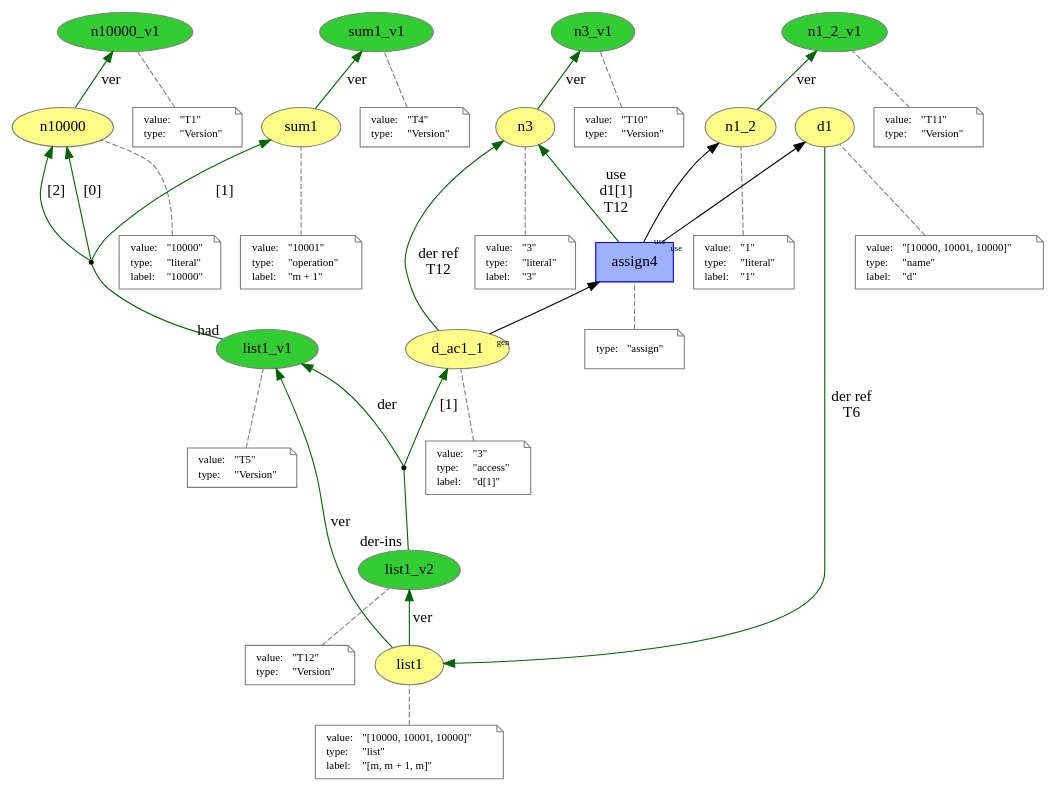
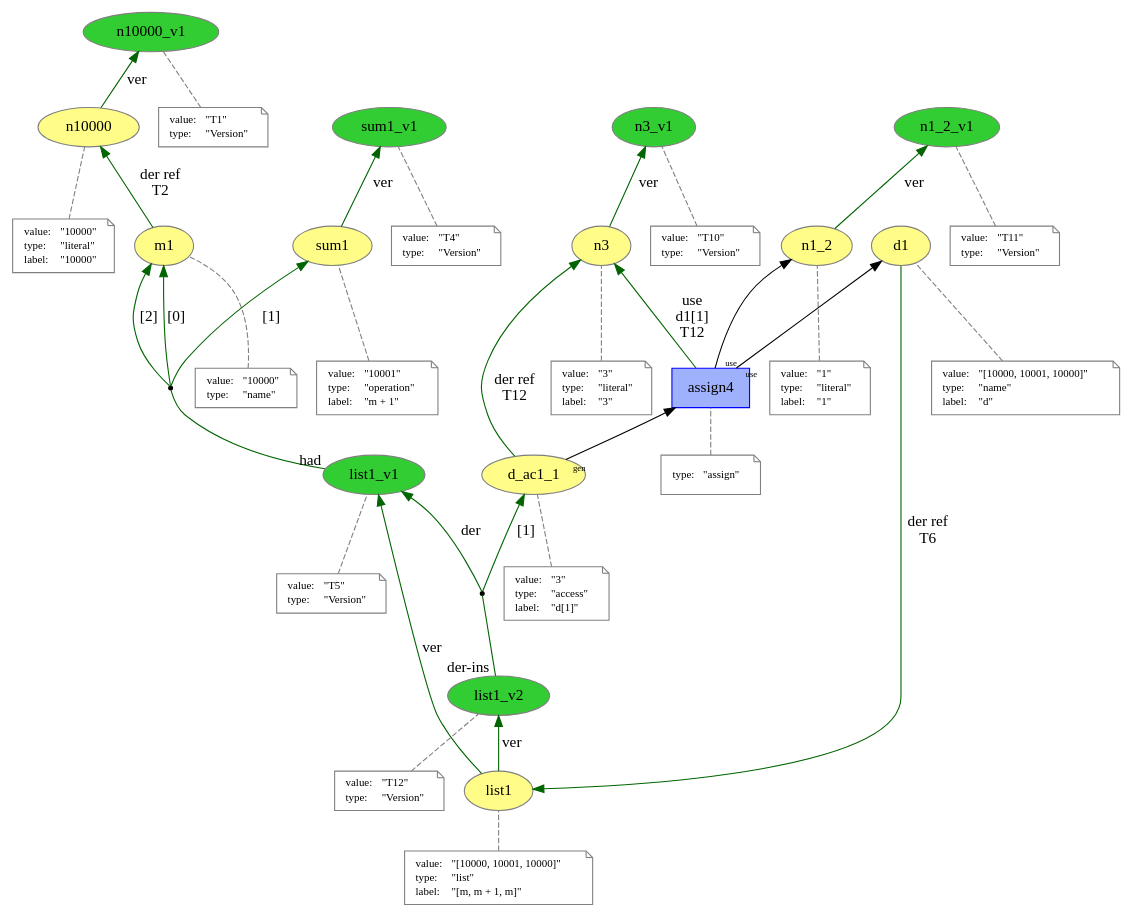
One commit to dew-uff/versioned-prov changed the diagram in explicit_versioned/part_assign.dot. Above: the diagram before and after it, drawn with Graphviz. The commit also changed 47 other files, not shown here.

```diff
--- a/explicit_versioned/part_assign.dot
+++ b/explicit_versioned/part_assign.dot
@@ -28,8 +28,22 @@
 </TABLE>>]
 "-attrs1" -> "http://example.org/n10000_v1" [color="gray",style="dashed",arrowhead="none"]
 "http://example.org/n10000" -> "http://example.org/n10000_v1" [labelfontsize="8",labeldistance="1.5",color="darkgreen",labelangle="60.0",rotation="20",label="ver"]
+"http://example.org/m1" [fillcolor="#FFFC87",color="#808080",style="filled",label="m1",URL="http://example.org/m1"]
+"-attrs2" [color="gray",shape="note",fontsize="10",fontcolor="black",label=<<TABLE cellpadding="0" border="0">
+	<TR>
+	    <TD align="left">value:</TD>
+	    <TD align="left">&quot;10000&quot;</TD>
+	</TR>
+	<TR>
+	    <TD align="left">type:</TD>
+	    <TD align="left">&quot;name&quot;</TD>
+	</TR>
+</TABLE>>]
+"-attrs2" -> "http://example.org/m1" [color="gray",style="dashed",arrowhead="none"]
+"http://example.org/m1" -> "http://example.org/n10000" [labelfontsize="8",labeldistance="1.5",color="darkgreen",labelangle="60.0",rotation="20",label="der ref
+T2"]
 "http://example.org/sum1" [fillcolor="#FFFC87",color="#808080",style="filled",label="sum1",URL="http://example.org/sum1"]
-"-attrs2" [color="gray",shape="note",fontsize="10",fontcolor="black",label=<<TABLE cellpadding="0" border="0">
+"-attrs3" [color="gray",shape="note",fontsize="10",fontcolor="black",label=<<TABLE cellpadding="0" border="0">
 	<TR>
 	    <TD align="left">value:</TD>
 	    <TD align="left">&quot;10001&quot;</TD>
@@ -43,9 +57,9 @@
 	    <TD align="left">&quot;m + 1&quot;</TD>
 	</TR>
 </TABLE>>]
-"-attrs2" -> "http://example.org/sum1" [color="gray",style="dashed",arrowhead="none"]
+"-attrs3" -> "http://example.org/sum1" [color="gray",style="dashed",arrowhead="none"]
 "http://example.org/sum1_v1" [fillcolor="#32CD32",color="#808080",style="filled",label="sum1_v1",URL="http://example.org/sum1_v1"]
-"-attrs3" [color="gray",shape="note",fontsize="10",fontcolor="black",label=<<TABLE cellpadding="0" border="0">
+"-attrs4" [color="gray",shape="note",fontsize="10",fontcolor="black",label=<<TABLE cellpadding="0" border="0">
 	<TR>
 	    <TD align="left">value:</TD>
 	    <TD align="left">&quot;T4&quot;</TD>
@@ -55,10 +69,10 @@
 	    <TD align="left">&quot;Version&quot;</TD>
 	</TR>
 </TABLE>>]
-"-attrs3" -> "http://example.org/sum1_v1" [color="gray",style="dashed",arrowhead="none"]
+"-attrs4" -> "http://example.org/sum1_v1" [color="gray",style="dashed",arrowhead="none"]
 "http://example.org/sum1" -> "http://example.org/sum1_v1" [labelfontsize="8",labeldistance="1.5",color="darkgreen",labelangle="60.0",rotation="20",label="ver"]
 "http://example.org/list1" [fillcolor="#FFFC87",color="#808080",style="filled",label="list1",URL="http://example.org/list1"]
-"-attrs4" [color="gray",shape="note",fontsize="10",fontcolor="black",label=<<TABLE cellpadding="0" border="0">
+"-attrs5" [color="gray",shape="note",fontsize="10",fontcolor="black",label=<<TABLE cellpadding="0" border="0">
 	<TR>
 	    <TD align="left">value:</TD>
 	    <TD align="left">&quot;[10000, 10001, 10000]&quot;</TD>
@@ -72,9 +86,9 @@
 	    <TD align="left">&quot;[m, m + 1, m]&quot;</TD>
 	</TR>
 </TABLE>>]
-"-attrs4" -> "http://example.org/list1" [color="gray",style="dashed",arrowhead="none"]
+"-attrs5" -> "http://example.org/list1" [color="gray",style="dashed",arrowhead="none"]
 "http://example.org/list1_v1" [fillcolor="#32CD32",color="#808080",style="filled",label="list1_v1",URL="http://example.org/list1_v1"]
-"-attrs5" [color="gray",shape="note",fontsize="10",fontcolor="black",label=<<TABLE cellpadding="0" border="0">
+"-attrs6" [color="gray",shape="note",fontsize="10",fontcolor="black",label=<<TABLE cellpadding="0" border="0">
 	<TR>
 	    <TD align="left">value:</TD>
 	    <TD align="left">&quot;T5&quot;</TD>
@@ -84,15 +98,15 @@
 	    <TD align="left">&quot;Version&quot;</TD>
 	</TR>
 </TABLE>>]
-"-attrs5" -> "http://example.org/list1_v1" [color="gray",style="dashed",arrowhead="none"]
+"-attrs6" -> "http://example.org/list1_v1" [color="gray",style="dashed",arrowhead="none"]
 "http://example.org/list1" -> "http://example.org/list1_v1" [labelfontsize="8",labeldistance="1.5",color="darkgreen",labelangle="60.0",rotation="20",label="ver"]
 "bn0" [shape="point",label=""]
 "http://example.org/list1_v1" -> "bn0" [arrowhead="none",taillabel="had",color="darkgreen"]
-"bn0" -> "http://example.org/n10000" [labelfontsize="8",labeldistance="1.5",color="darkgreen",labelangle="60.0",rotation="20",label="[0]"]
+"bn0" -> "http://example.org/m1" [labelfontsize="8",labeldistance="1.5",color="darkgreen",labelangle="60.0",rotation="20",label="[0]"]
 "bn0" -> "http://example.org/sum1" [labelfontsize="8",labeldistance="1.5",color="darkgreen",labelangle="60.0",rotation="20",label="[1]"]
-"bn0" -> "http://example.org/n10000" [labelfontsize="8",labeldistance="1.5",color="darkgreen",labelangle="60.0",rotation="20",label="[2]"]
+"bn0" -> "http://example.org/m1" [labelfontsize="8",labeldistance="1.5",color="darkgreen",labelangle="60.0",rotation="20",label="[2]"]
 "http://example.org/d1" [fillcolor="#FFFC87",color="#808080",style="filled",label="d1",URL="http://example.org/d1"]
-"-attrs6" [color="gray",shape="note",fontsize="10",fontcolor="black",label=<<TABLE cellpadding="0" border="0">
+"-attrs7" [color="gray",shape="note",fontsize="10",fontcolor="black",label=<<TABLE cellpadding="0" border="0">
 	<TR>
 	    <TD align="left">value:</TD>
 	    <TD align="left">&quot;[10000, 10001, 10000]&quot;</TD>
@@ -106,11 +120,11 @@
 	    <TD align="left">&quot;d&quot;</TD>
 	</TR>
 </TABLE>>]
-"-attrs6" -> "http://example.org/d1" [color="gray",style="dashed",arrowhead="none"]
+"-attrs7" -> "http://example.org/d1" [color="gray",style="dashed",arrowhead="none"]
 "http://example.org/d1" -> "http://example.org/list1" [labelfontsize="8",labeldistance="1.5",color="darkgreen",labelangle="60.0",rotation="20",label="der ref
 T6"]
 "http://example.org/n3" [fillcolor="#FFFC87",color="#808080",style="filled",label="n3",URL="http://example.org/n3"]
-"-attrs7" [color="gray",shape="note",fontsize="10",fontcolor="black",label=<<TABLE cellpadding="0" border="0">
+"-attrs8" [color="gray",shape="note",fontsize="10",fontcolor="black",label=<<TABLE cellpadding="0" border="0">
 	<TR>
 	    <TD align="left">value:</TD>
 	    <TD align="left">&quot;3&quot;</TD>
@@ -124,9 +138,9 @@
 	    <TD align="left">&quot;3&quot;</TD>
 	</TR>
 </TABLE>>]
-"-attrs7" -> "http://example.org/n3" [color="gray",style="dashed",arrowhead="none"]
+"-attrs8" -> "http://example.org/n3" [color="gray",style="dashed",arrowhead="none"]
 "http://example.org/n3_v1" [fillcolor="#32CD32",color="#808080",style="filled",label="n3_v1",URL="http://example.org/n3_v1"]
-"-attrs8" [color="gray",shape="note",fontsize="10",fontcolor="black",label=<<TABLE cellpadding="0" border="0">
+"-attrs9" [color="gray",shape="note",fontsize="10",fontcolor="black",label=<<TABLE cellpadding="0" border="0">
 	<TR>
 	    <TD align="left">value:</TD>
 	    <TD align="left">&quot;T10&quot;</TD>
@@ -136,10 +150,10 @@
 	    <TD align="left">&quot;Version&quot;</TD>
 	</TR>
 </TABLE>>]
-"-attrs8" -> "http://example.org/n3_v1" [color="gray",style="dashed",arrowhead="none"]
+"-attrs9" -> "http://example.org/n3_v1" [color="gray",style="dashed",arrowhead="none"]
 "http://example.org/n3" -> "http://example.org/n3_v1" [labelfontsize="8",labeldistance="1.5",color="darkgreen",labelangle="60.0",rotation="20",label="ver"]
 "http://example.org/n1_2" [fillcolor="#FFFC87",color="#808080",style="filled",label="n1_2",URL="http://example.org/n1_2"]
-"-attrs9" [color="gray",shape="note",fontsize="10",fontcolor="black",label=<<TABLE cellpadding="0" border="0">
+"-attrs10" [color="gray",shape="note",fontsize="10",fontcolor="black",label=<<TABLE cellpadding="0" border="0">
 	<TR>
 	    <TD align="left">value:</TD>
 	    <TD align="left">&quot;1&quot;</TD>
@@ -153,9 +167,9 @@
 	    <TD align="left">&quot;1&quot;</TD>
 	</TR>
 </TABLE>>]
-"-attrs9" -> "http://example.org/n1_2" [color="gray",style="dashed",arrowhead="none"]
+"-attrs10" -> "http://example.org/n1_2" [color="gray",style="dashed",arrowhead="none"]
 "http://example.org/n1_2_v1" [fillcolor="#32CD32",color="#808080",style="filled",label="n1_2_v1",URL="http://example.org/n1_2_v1"]
-"-attrs10" [color="gray",shape="note",fontsize="10",fontcolor="black",label=<<TABLE cellpadding="0" border="0">
+"-attrs11" [color="gray",shape="note",fontsize="10",fontcolor="black",label=<<TABLE cellpadding="0" border="0">
 	<TR>
 	    <TD align="left">value:</TD>
 	    <TD align="left">&quot;T11&quot;</TD>
@@ -165,10 +179,10 @@
 	    <TD align="left">&quot;Version&quot;</TD>
 	</TR>
 </TABLE>>]
-"-attrs10" -> "http://example.org/n1_2_v1" [color="gray",style="dashed",arrowhead="none"]
+"-attrs11" -> "http://example.org/n1_2_v1" [color="gray",style="dashed",arrowhead="none"]
 "http://example.org/n1_2" -> "http://example.org/n1_2_v1" [labelfontsize="8",labeldistance="1.5",color="darkgreen",labelangle="60.0",rotation="20",label="ver"]
 "http://example.org/d_ac1_1" [fillcolor="#FFFC87",color="#808080",style="filled",label="d_ac1_1",URL="http://example.org/d_ac1_1"]
-"-attrs11" [color="gray",shape="note",fontsize="10",fontcolor="black",label=<<TABLE cellpadding="0" border="0">
+"-attrs12" [color="gray",shape="note",fontsize="10",fontcolor="black",label=<<TABLE cellpadding="0" border="0">
 	<TR>
 	    <TD align="left">value:</TD>
 	    <TD align="left">&quot;3&quot;</TD>
@@ -182,9 +196,9 @@
 	    <TD align="left">&quot;d[1]&quot;</TD>
 	</TR>
 </TABLE>>]
-"-attrs11" -> "http://example.org/d_ac1_1" [color="gray",style="dashed",arrowhead="none"]
+"-attrs12" -> "http://example.org/d_ac1_1" [color="gray",style="dashed",arrowhead="none"]
 "http://example.org/list1_v2" [fillcolor="#32CD32",color="#808080",style="filled",label="list1_v2",URL="http://example.org/list1_v2"]
-"-attrs12" [color="gray",shape="note",fontsize="10",fontcolor="black",label=<<TABLE cellpadding="0" border="0">
+"-attrs13" [color="gray",shape="note",fontsize="10",fontcolor="black",label=<<TABLE cellpadding="0" border="0">
 	<TR>
 	    <TD align="left">value:</TD>
 	    <TD align="left">&quot;T12&quot;</TD>
@@ -194,20 +208,20 @@
 	    <TD align="left">&quot;Version&quot;</TD>
 	</TR>
 </TABLE>>]
-"-attrs12" -> "http://example.org/list1_v2" [color="gray",style="dashed",arrowhead="none"]
+"-attrs13" -> "http://example.org/list1_v2" [color="gray",style="dashed",arrowhead="none"]
 "bn1" [shape="point",label=""]
 "http://example.org/list1_v2" -> "bn1" [arrowhead="none",taillabel="der-ins",color="darkgreen"]
 "bn1" -> "http://example.org/list1_v1" [labelfontsize="8",labeldistance="1.5",color="darkgreen",labelangle="60.0",rotation="20",label="der"]
 "bn1" -> "http://example.org/d_ac1_1" [labelfontsize="8",labeldistance="1.5",color="darkgreen",labelangle="60.0",rotation="20",label="[1]"]
 "http://example.org/list1" -> "http://example.org/list1_v2" [labelfontsize="8",labeldistance="1.5",color="darkgreen",labelangle="60.0",rotation="20",label="ver"]
 "http://example.org/assign4" [fillcolor="#9FB1FC",color="#0000FF",shape="polygon",sides="4",style="filled",label="assign4",URL="http://example.org/assign4"]
-"-attrs13" [color="gray",shape="note",fontsize="10",fontcolor="black",label=<<TABLE cellpadding="0" border="0">
+"-attrs14" [color="gray",shape="note",fontsize="10",fontcolor="black",label=<<TABLE cellpadding="0" border="0">
 	<TR>
 	    <TD align="left">type:</TD>
 	    <TD align="left">&quot;assign&quot;</TD>
 	</TR>
 </TABLE>>]
-"-attrs13" -> "http://example.org/assign4" [color="gray",style="dashed",arrowhead="none"]
+"-attrs14" -> "http://example.org/assign4" [color="gray",style="dashed",arrowhead="none"]
 "http://example.org/assign4" -> "http://example.org/d1" [labelfontsize="8",labeldistance="1.5",labelangle="60.0",rotation="20",taillabel="use"]
 "http://example.org/assign4" -> "http://example.org/n1_2" [labelfontsize="8",labeldistance="1.5",labelangle="60.0",rotation="20",taillabel="use"]
 "http://example.org/assign4" -> "http://example.org/n3" [labelfontsize="8",labeldistance="1.5",color="darkgreen",labelangle="60.0",rotation="20",label="use
```
